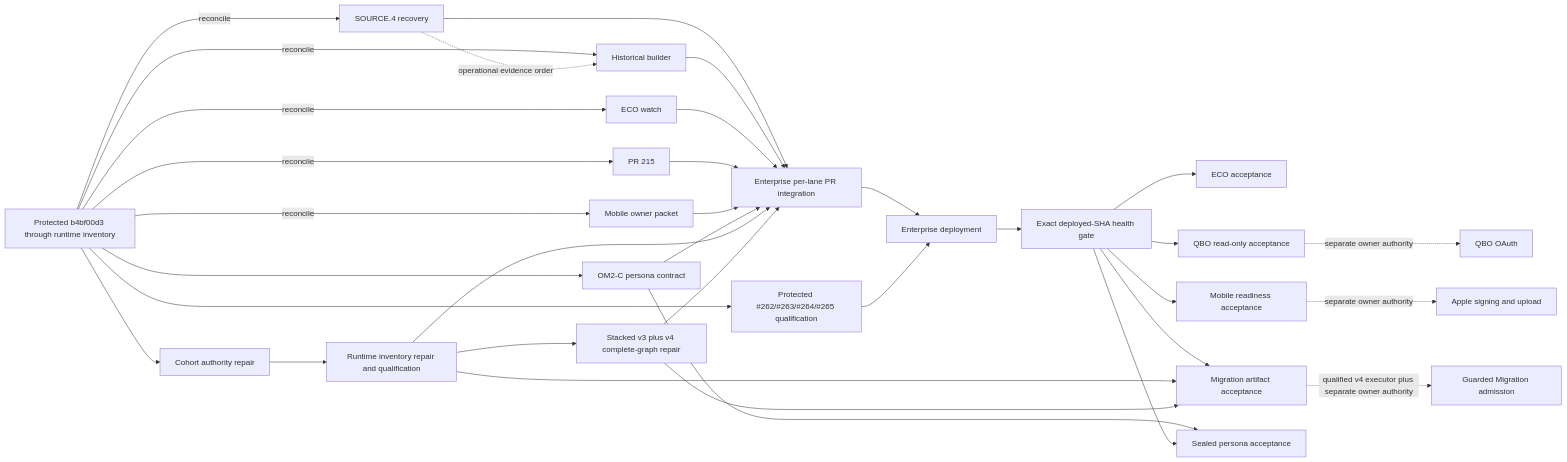
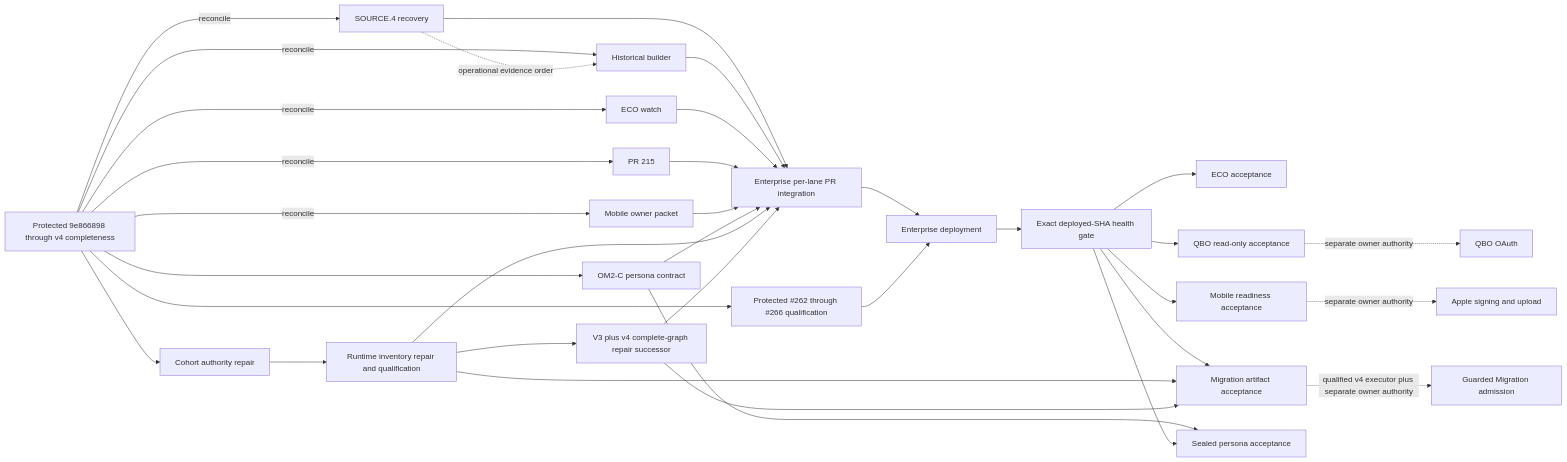
The diagram in docs/operations/launch-20260911/om1-enterprise-integration-queue-current.md (ACPEnterprise/ACP-Enterprise), drawn with Mermaid before and after one commit. The commit also changed other lines of this file, not shown here.

````diff
--- a/docs/operations/launch-20260911/om1-enterprise-integration-queue-current.md
+++ b/docs/operations/launch-20260911/om1-enterprise-integration-queue-current.md
@@ -156,36 +160,36 @@
 ```mermaid
 flowchart LR
-    A[Protected b4bf00d3 through runtime inventory] -->|reconcile| R[SOURCE.4 recovery]
+    A[Protected 9e866898 through v4 completeness] -->|reconcile| R[SOURCE.4 recovery]
     A --> C[OM2-C persona contract]
-    A --> L[Protected #262/#263/#264/#265 qualification]
+    A --> L[Protected #262 through #266 qualification]
     A --> K[Cohort authority repair]
     K --> U[Runtime inventory repair and qualification]
-    U --> X[Stacked v3 plus v4 complete-graph repair]
+    U --> X[V3 plus v4 complete-graph repair successor]
     A -->|reconcile| B[Historical builder]
     A -->|reconcile| E[ECO watch]
     A -->|reconcile| P[PR 215]
     A -->|reconcile| M[Mobile owner packet]
     R -.->|operational evidence order| B
     R --> I[Enterprise per-lane PR integration]
     B --> I
     E --> I
     P --> I
     M --> I
     C --> I
     U --> I
     X --> I
     I --> D[Enterprise deployment]
     L --> D
     D --> H[Exact deployed-SHA health gate]
     H --> EA[ECO acceptance]
     H --> QA[QBO read-only acceptance]
     H --> MA[Mobile readiness acceptance]
     H --> XA[Migration artifact acceptance]
     U --> XA
     C --> PA[Sealed persona acceptance]
     H --> PA
     X --> XA
     XA -.->|qualified v4 executor plus separate owner authority| MG[Guarded Migration admission]
     QA -.->|separate owner authority| QG[QBO OAuth]
     MA -.->|separate owner authority| AG[Apple signing and upload]
 ```
````
